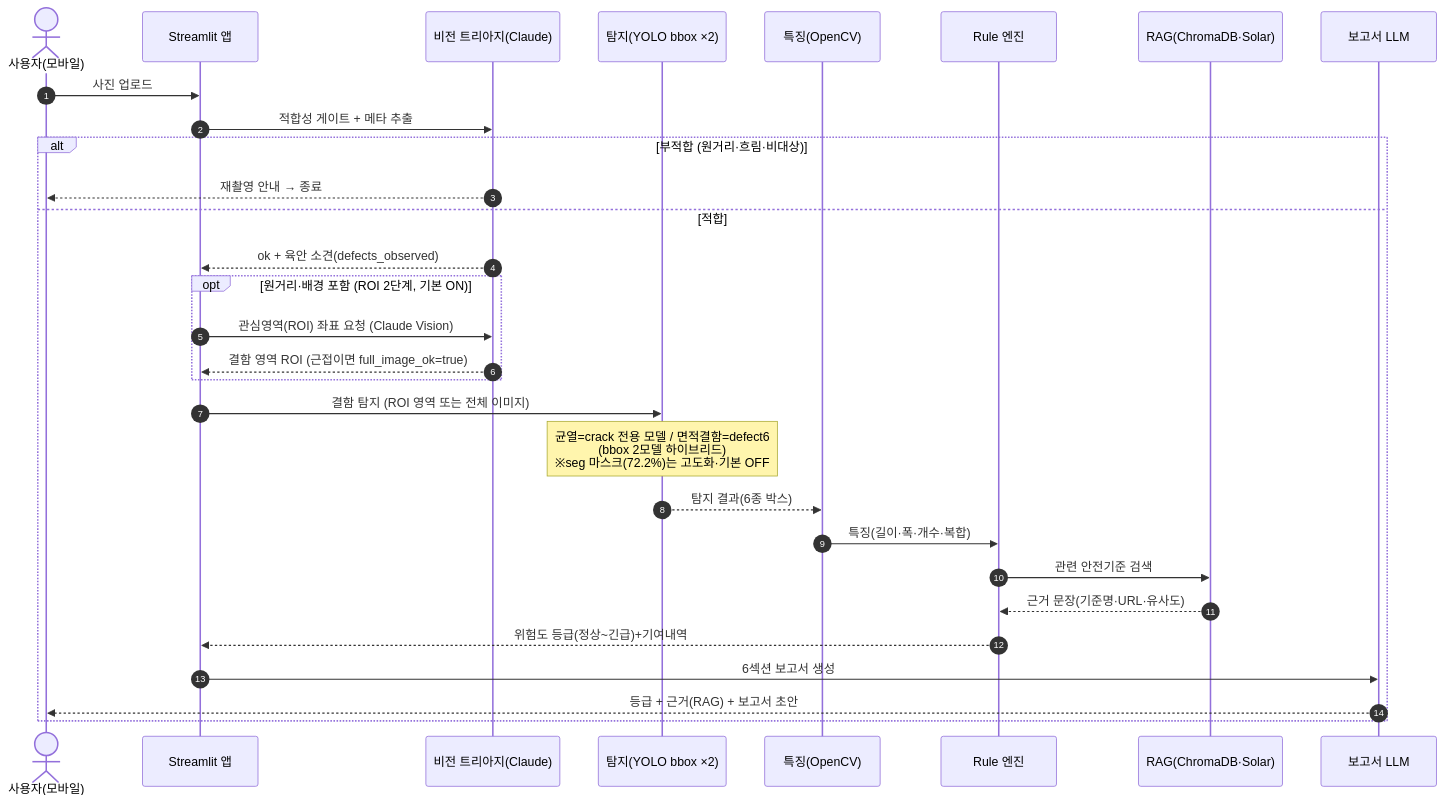
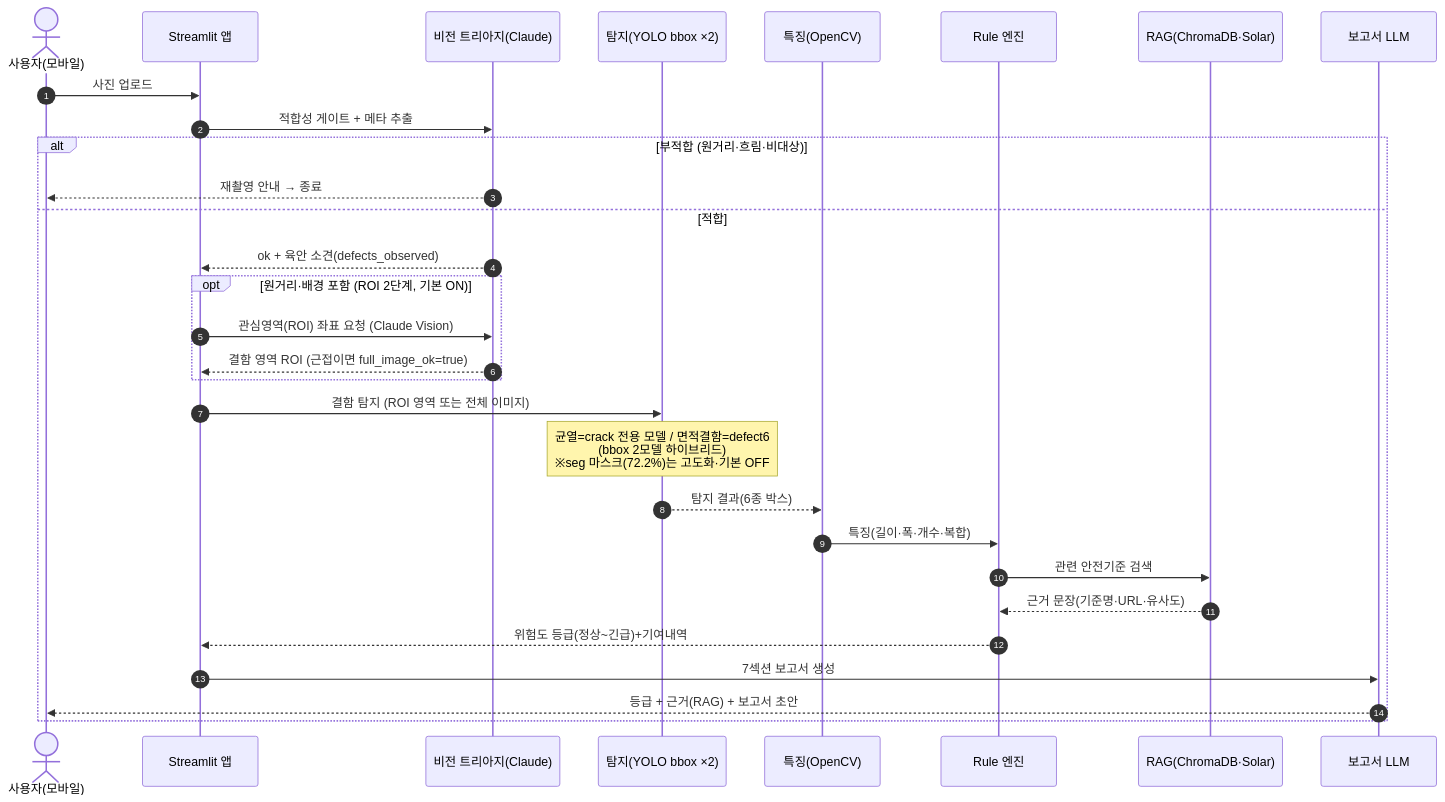
One commit to LeeHome2/AI_crack_detection changed the diagram in diagrams/시퀀스다이어그램.mmd. Above: the diagram before and after it, drawn with Mermaid. The commit also changed 5 other files, not shown here.

First line of the commit message:
docs: WBS 일정·마일스톤 제거(제출본), 시퀀스 다이어그램 7섹션 갱신

```diff
--- a/diagrams/시퀀스다이어그램.mmd
+++ b/diagrams/시퀀스다이어그램.mmd
@@ -1,30 +1,30 @@
 sequenceDiagram
   autonumber
   actor U as 사용자(모바일)
   participant App as Streamlit 앱
   participant T as 비전 트리아지(Claude)
   participant D as 탐지(YOLO bbox ×2)
   participant F as 특징(OpenCV)
   participant R as Rule 엔진
   participant K as RAG(ChromaDB·Solar)
   participant L as 보고서 LLM
   U->>App: 사진 업로드
   App->>T: 적합성 게이트 + 메타 추출
   alt 부적합 (원거리·흐림·비대상)
     T-->>U: 재촬영 안내 → 종료
   else 적합
     T-->>App: ok + 육안 소견(defects_observed)
     opt 원거리·배경 포함 (ROI 2단계, 기본 ON)
       App->>T: 관심영역(ROI) 좌표 요청 (Claude Vision)
       T-->>App: 결함 영역 ROI (근접이면 full_image_ok=true)
     end
     App->>D: 결함 탐지 (ROI 영역 또는 전체 이미지)
     Note over D: 균열=crack 전용 모델 / 면적결함=defect6<br/>(bbox 2모델 하이브리드)<br/>※seg 마스크(72.2%)는 고도화·기본 OFF
     D-->>F: 탐지 결과(6종 박스)
     F->>R: 특징(길이·폭·개수·복합)
     R->>K: 관련 안전기준 검색
     K-->>R: 근거 문장(기준명·URL·유사도)
     R-->>App: 위험도 등급(정상~긴급)+기여내역
-    App->>L: 6섹션 보고서 생성
+    App->>L: 7섹션 보고서 생성
     L-->>U: 등급 + 근거(RAG) + 보고서 초안
   end
```
